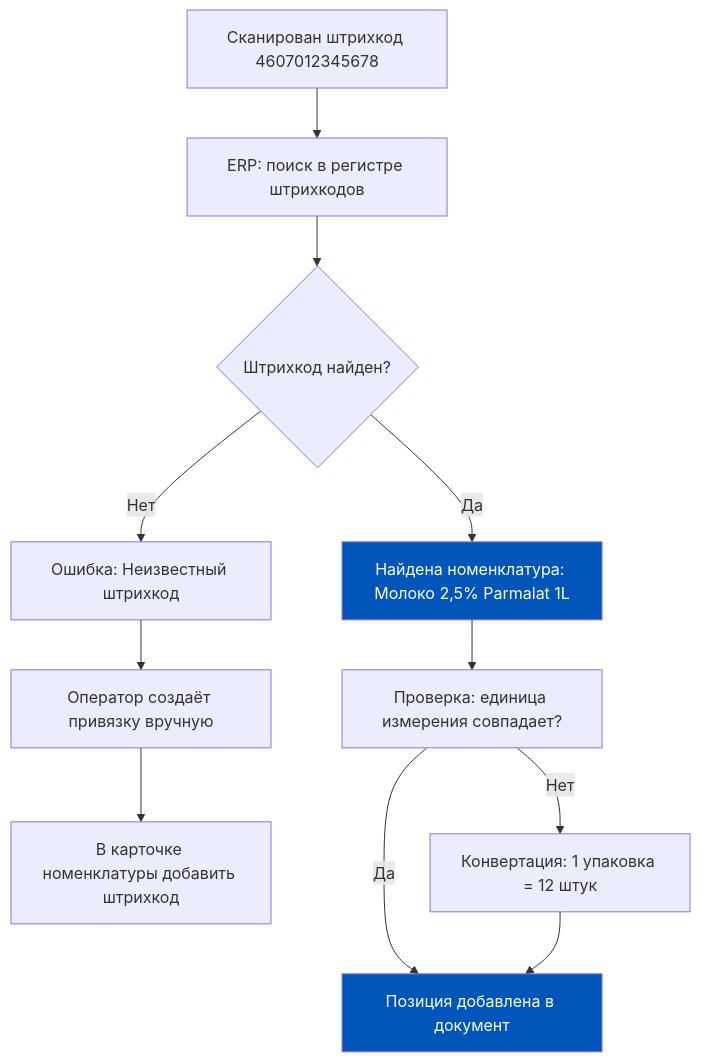
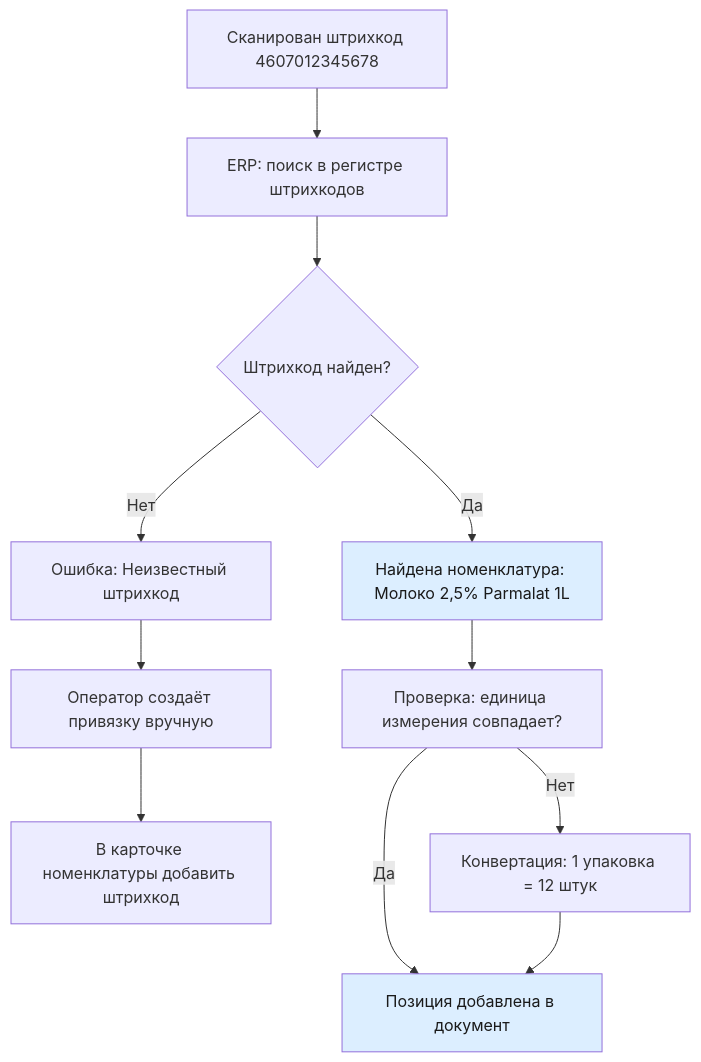
One commit to murad1986/1c-erp-quartz changed the fourth of 8 diagrams in content/1c-erp/week_5/Неделя 5 - День 5 - Мобильное рабочее место кладовщика.md. Above: the diagram before and after it, drawn with Mermaid. The commit also changed other lines of this file and 57 other files, not shown here.

First line of the commit message:
fix: Mermaid — пастельные цвета в источниках диаграмм (56 файлов)

````diff
--- a/content/1c-erp/week_5/Неделя 5 - День 5 - Мобильное рабочее место кладовщика.md
+++ b/content/1c-erp/week_5/Неделя 5 - День 5 - Мобильное рабочее место кладовщика.md
@@ -179,16 +179,16 @@
 ```mermaid
 flowchart TD
     A[Сканирован штрихкод 4607012345678] --> B[ERP: поиск в регистре штрихкодов]
     B --> C{Штрихкод найден?}
     C -- Да --> D[Найдена номенклатура: Молоко 2,5% Parmalat 1L]
     C -- Нет --> E[Ошибка: Неизвестный штрихкод]
     E --> F[Оператор создаёт привязку вручную]
     F --> G[В карточке номенклатуры добавить штрихкод]
     D --> H[Проверка: единица измерения совпадает?]
     H -- Да --> I[Позиция добавлена в документ]
     H -- Нет --> J[Конвертация: 1 упаковка = 12 штук]
     J --> I
 
-    style D fill:#0055BB,color:#fff
-    style I fill:#0055BB,color:#fff
+    style D fill:#dceeff,color:#1a1a1a
+    style I fill:#dceeff,color:#1a1a1a
 ```
````
